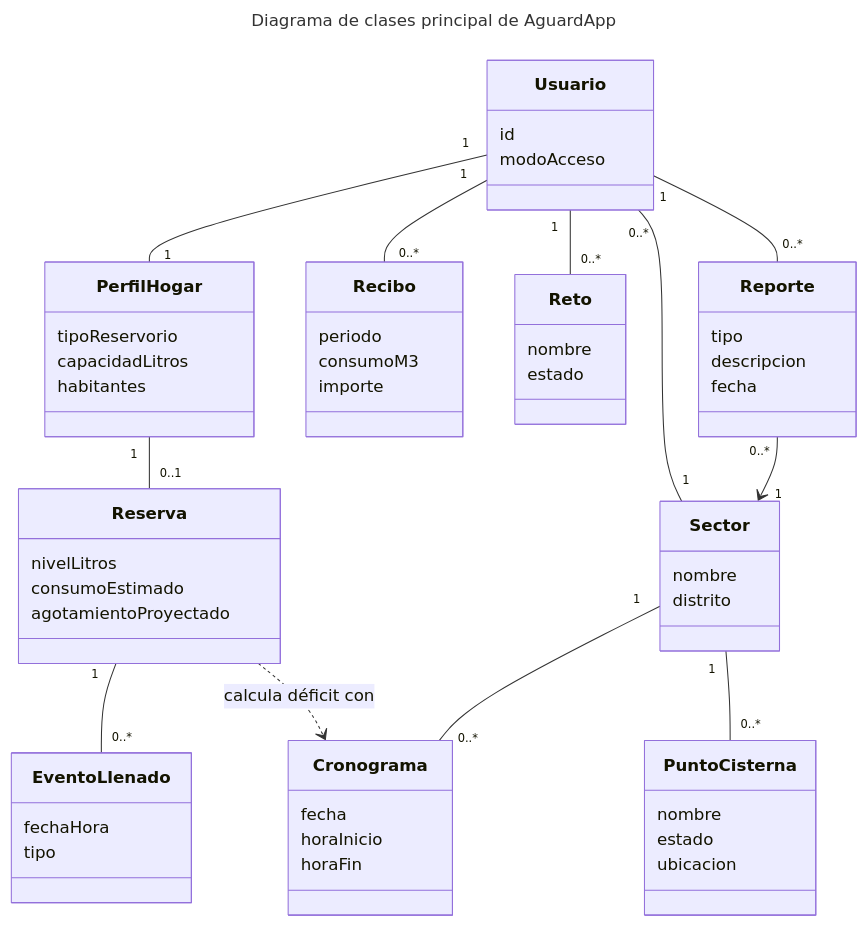
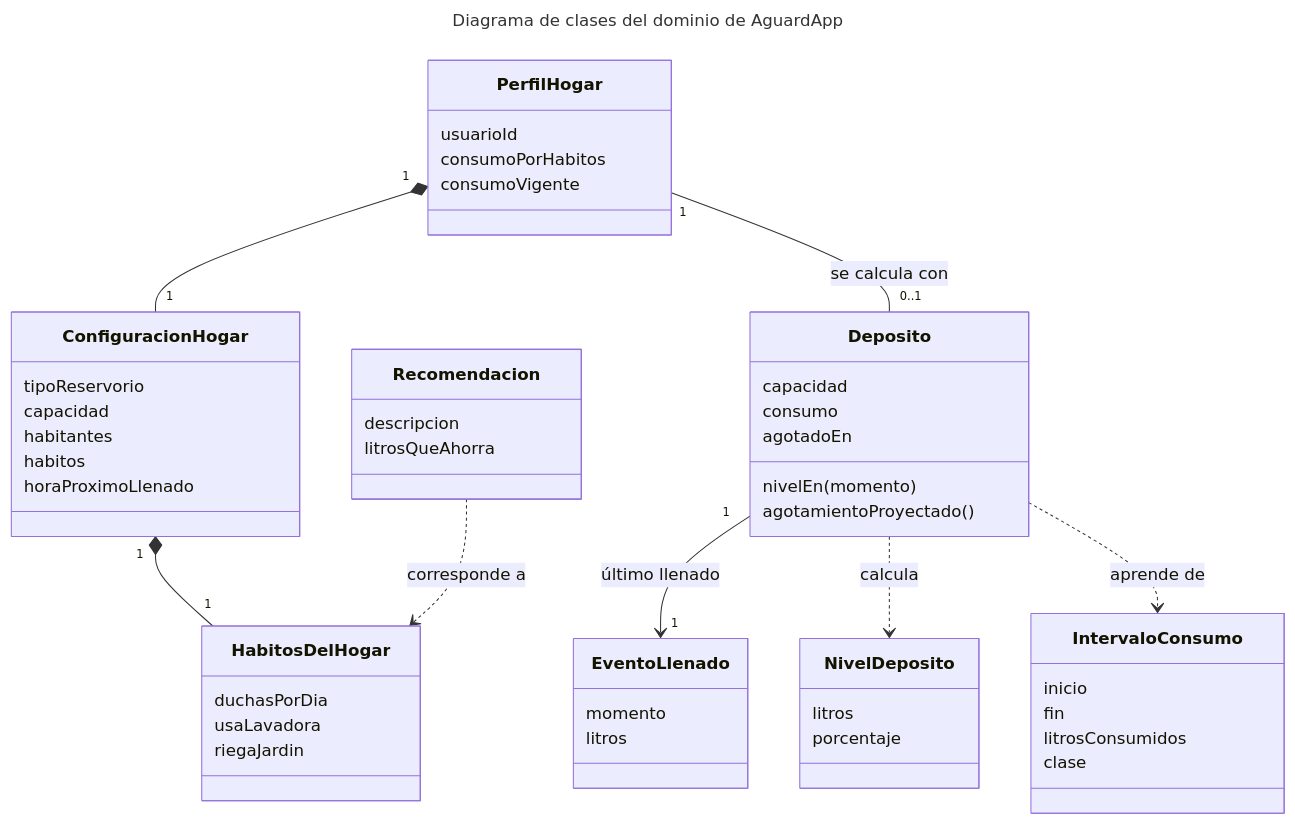
Before and after one commit to IkerASierraR/AguardApp: the ninth of 9 diagrams in informes/FD03-SRS.md, drawn with Mermaid. The commit also changed other lines of this file and 2 other files, not shown here.

````diff
--- a/informes/FD03-SRS.md
+++ b/informes/FD03-SRS.md
@@ -567,64 +435,56 @@
 ```mermaid
 ---
-title: Diagrama de clases principal de AguardApp
+title: Diagrama de clases del dominio de AguardApp
 ---
 classDiagram
-    class Usuario {
-        id
-        modoAcceso
+    class ConfiguracionHogar {
+        tipoReservorio
+        capacidad
+        habitantes
+        habitos
+        horaProximoLlenado
     }
     class PerfilHogar {
-        tipoReservorio
-        capacidadLitros
-        habitantes
+        usuarioId
+        consumoPorHabitos
+        consumoVigente
     }
-    class Reserva {
-        nivelLitros
-        consumoEstimado
-        agotamientoProyectado
+    class HabitosDelHogar {
+        duchasPorDia
+        usaLavadora
+        riegaJardin
+    }
+    class Deposito {
+        capacidad
+        consumo
+        agotadoEn
+        nivelEn(momento)
+        agotamientoProyectado()
     }
     class EventoLlenado {
-        fechaHora
-        tipo
+        momento
+        litros
     }
-    class Recibo {
-        periodo
-        consumoM3
-        importe
+    class NivelDeposito {
+        litros
+        porcentaje
     }
-    class Reto {
-        nombre
-        estado
+    class IntervaloConsumo {
+        inicio
+        fin
+        litrosConsumidos
+        clase
     }
-    class Reporte {
-        tipo
+    class Recomendacion {
         descripcion
-        fecha
-    }
-    class Sector {
-        nombre
-        distrito
-    }
-    class Cronograma {
-        fecha
-        horaInicio
-        horaFin
-    }
-    class PuntoCisterna {
-        nombre
-        estado
-        ubicacion
+        litrosQueAhorra
     }
 
-    Usuario "1" -- "1" PerfilHogar
-    Usuario "1" -- "0..*" Recibo
-    Usuario "1" -- "0..*" Reto
-    Usuario "1" -- "0..*" Reporte
-    Usuario "0..*" -- "1" Sector
-    PerfilHogar "1" -- "0..1" Reserva
-    Reserva "1" -- "0..*" EventoLlenado
-    Reserva ..> Cronograma : calcula déficit con
-    Reporte "0..*" --> "1" Sector
-    Sector "1" -- "0..*" Cronograma
-    Sector "1" -- "0..*" PuntoCisterna
+    PerfilHogar "1" *-- "1" ConfiguracionHogar
+    ConfiguracionHogar "1" *-- "1" HabitosDelHogar
+    PerfilHogar "1" -- "0..1" Deposito : se calcula con
+    Deposito "1" --> "1" EventoLlenado : último llenado
+    Deposito ..> NivelDeposito : calcula
+    Deposito ..> IntervaloConsumo : aprende de
+    Recomendacion ..> HabitosDelHogar : corresponde a
 ```
````
